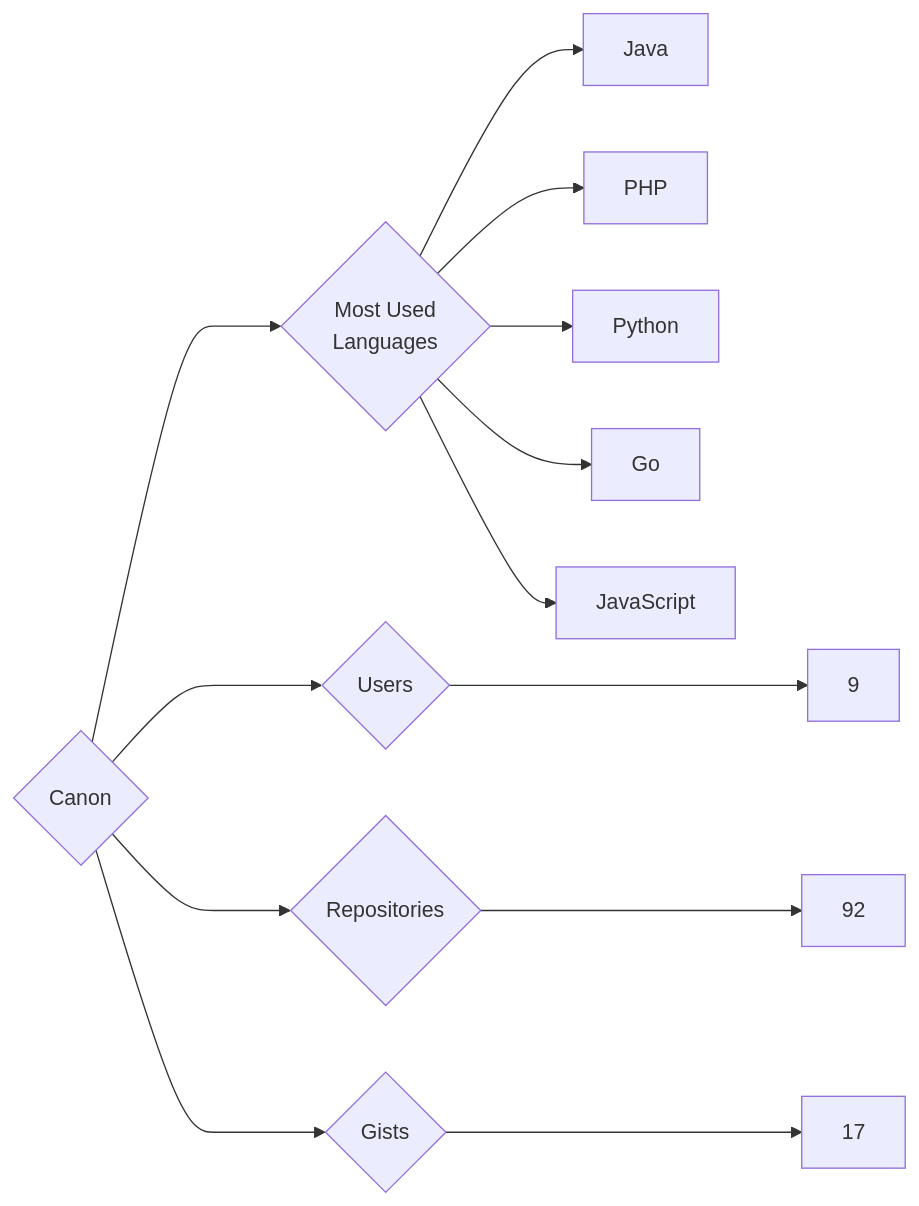
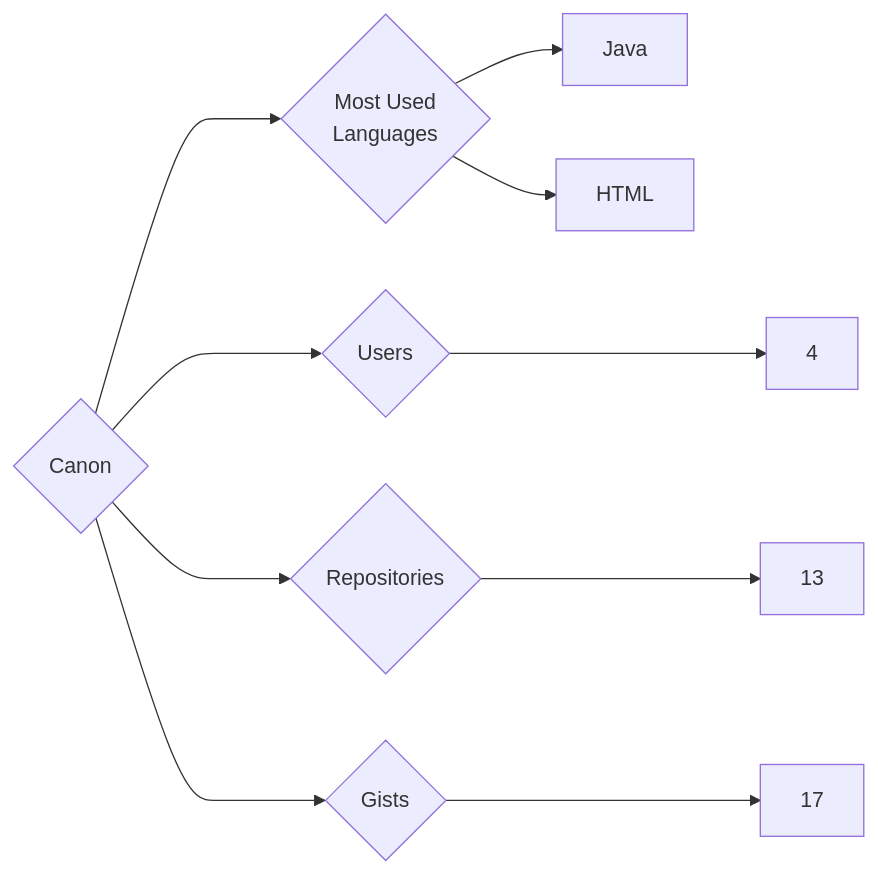
The diagram in targets/Canon/README.md (trickest/insiders), drawn with Mermaid before and after one commit. The commit also changed 1055 other files, not shown here.

````diff
--- a/targets/Canon/README.md
+++ b/targets/Canon/README.md
@@ -3,13 +3,10 @@
 ```mermaid
 graph LR
 COMPANY_NAME{Canon}
-COMPANY_NAME ---> U{Users} ---> UN[9]
-COMPANY_NAME ---> R{Repositories} ---> RN[92]
+COMPANY_NAME ---> U{Users} ---> UN[4]
+COMPANY_NAME ---> R{Repositories} ---> RN[13]
 COMPANY_NAME ---> G{Gists} ---> GN[17]
 COMPANY_NAME ---> ML{Most Used<br>Languages}
 ML --> Java[Java]
-ML --> PHP[PHP]
-ML --> Python[Python]
-ML --> Go[Go]
-ML --> JavaScript[JavaScript]
+ML --> HTML[HTML]
 ```
````
